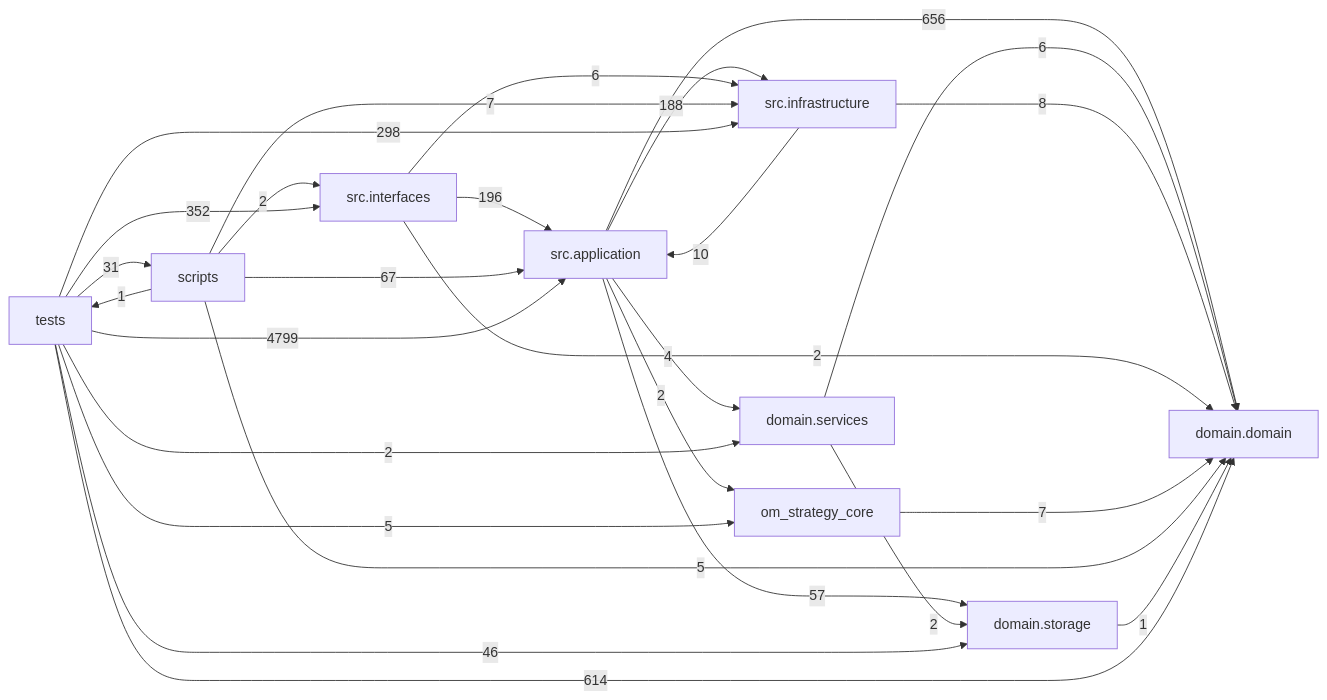
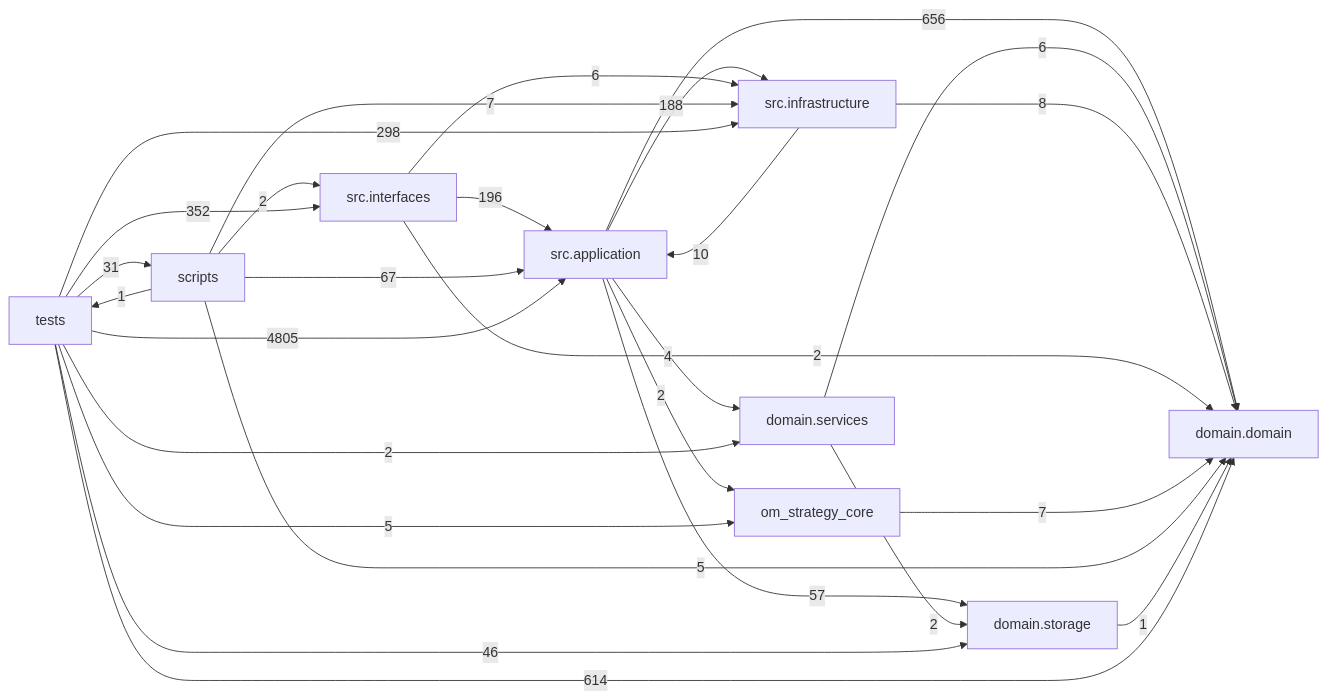
The diagram in docs/DEPENDENCY_GRAPH.md (liuxie066/options-monitor), drawn with Mermaid before and after one commit. The commit also changed other lines of this file and 4 other files, not shown here.

````diff
--- a/docs/DEPENDENCY_GRAPH.md
+++ b/docs/DEPENDENCY_GRAPH.md
@@ -24,38 +24,38 @@
 ```mermaid
 flowchart LR
   tests["tests"]
   scripts["scripts"]
   interfaces["src.interfaces"]
   application["src.application"]
   infrastructure["src.infrastructure"]
   domain_services["domain.services"]
   domain["domain.domain"]
   storage["domain.storage"]
   application -->|656| domain
   application -->|4| domain_services
   application -->|188| infrastructure
   application -->|2| om_strategy_core
   application -->|57| storage
   domain_services -->|6| domain
   domain_services -->|2| storage
   infrastructure -->|10| application
   infrastructure -->|8| domain
   interfaces -->|196| application
   interfaces -->|2| domain
   interfaces -->|6| infrastructure
   om_strategy_core -->|7| domain
   scripts -->|67| application
   scripts -->|5| domain
   scripts -->|7| infrastructure
   scripts -->|2| interfaces
   scripts -->|1| tests
   storage -->|1| domain
-  tests -->|4799| application
+  tests -->|4805| application
   tests -->|614| domain
   tests -->|2| domain_services
   tests -->|298| infrastructure
   tests -->|352| interfaces
   tests -->|5| om_strategy_core
   tests -->|31| scripts
   tests -->|46| storage
 ```
````
